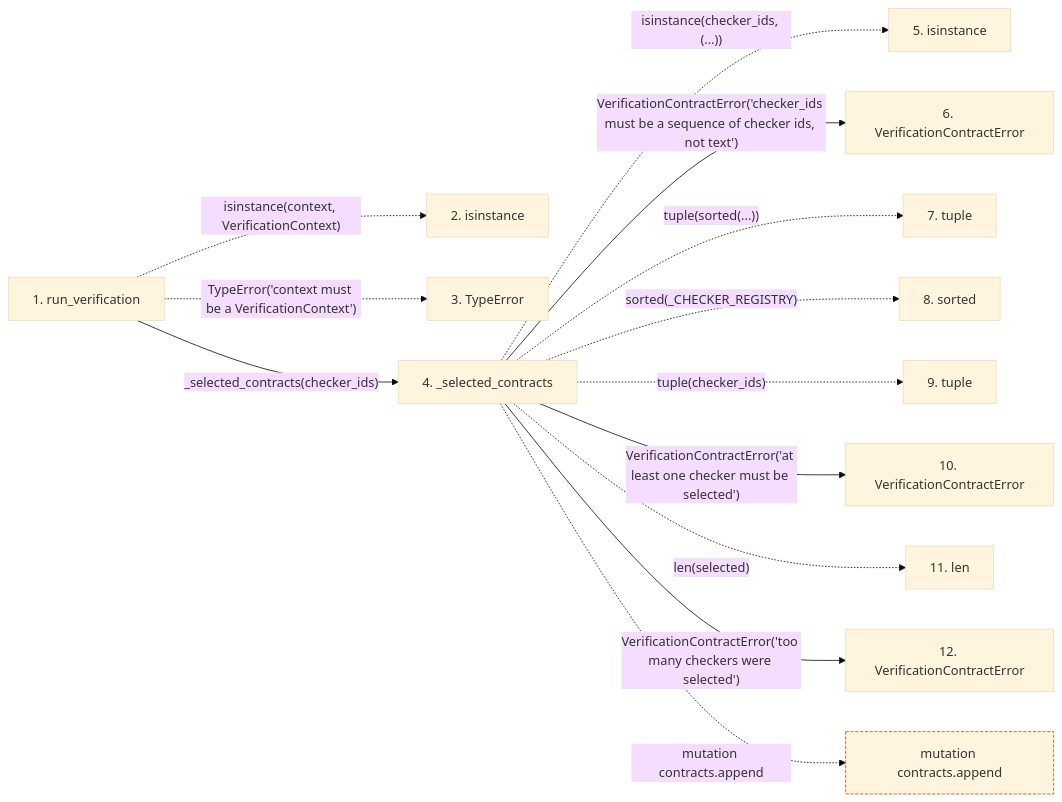
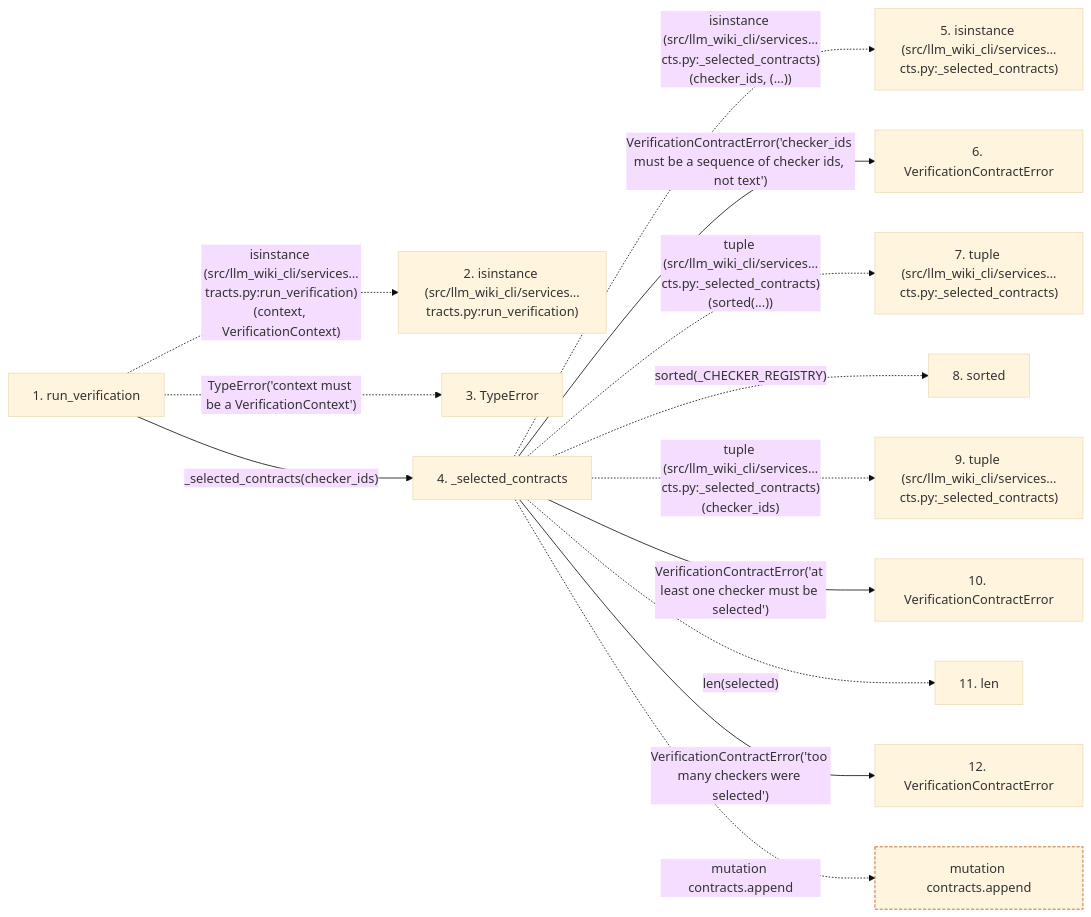
The second of 2 diagrams in docs/llm_wiki/flows/api-run_verification.md (Denissvgn/python-wiki-llm), drawn with Mermaid (base theme) before and after one commit. The commit also changed other lines of this file and 719 other files, not shown here.

````diff
--- a/docs/llm_wiki/flows/api-run_verification.md
+++ b/docs/llm_wiki/flows/api-run_verification.md
@@ -59,35 +62,35 @@
 ```mermaid
 flowchart LR
     s1["1. run_verification"]
-    s2["2. isinstance"]
+    s2["2. isinstance (src/llm_wiki_cli/services…tracts.py:run_verification)"]
     s3["3. TypeError"]
     s4["4. _selected_contracts"]
-    s5["5. isinstance"]
+    s5["5. isinstance (src/llm_wiki_cli/services…cts.py:_selected_contracts)"]
     s6["6. VerificationContractError"]
-    s7["7. tuple"]
+    s7["7. tuple (src/llm_wiki_cli/services…cts.py:_selected_contracts)"]
     s8["8. sorted"]
-    s9["9. tuple"]
+    s9["9. tuple (src/llm_wiki_cli/services…cts.py:_selected_contracts)"]
     s10["10. VerificationContractError"]
     s11["11. len"]
     s12["12. VerificationContractError"]
-    s1 -. "isinstance(context, VerificationContext)" .-> s2
+    s1 -. "isinstance (src/llm_wiki_cli/services…tracts.py:run_verification)(context, VerificationContext)" .-> s2
     s1 -. "TypeError('context must be a VerificationContext')" .-> s3
     s1 -->|"_selected_contracts(checker_ids)"| s4
-    s4 -. "isinstance(checker_ids, (...))" .-> s5
+    s4 -. "isinstance (src/llm_wiki_cli/services…cts.py:_selected_contracts)(checker_ids, (...))" .-> s5
     s4 -->|"VerificationContractError('checker_ids must be a sequence of checker ids, not text')"| s6
-    s4 -. "tuple(sorted(...))" .-> s7
+    s4 -. "tuple (src/llm_wiki_cli/services…cts.py:_selected_contracts)(sorted(...))" .-> s7
     s4 -. "sorted(_CHECKER_REGISTRY)" .-> s8
-    s4 -. "tuple(checker_ids)" .-> s9
+    s4 -. "tuple (src/llm_wiki_cli/services…cts.py:_selected_contracts)(checker_ids)" .-> s9
     s4 -->|"VerificationContractError('at least one checker must be selected')"| s10
     s4 -. "len(selected)" .-> s11
     s4 -->|"VerificationContractError('too many checkers were selected')"| s12
     b0["mutation contracts.append"]
     s4 -. "mutation contracts.append" .-> b0
     click s1 "../modules/verification_contracts.md"
     click s4 "../modules/verification_contracts.md"
     click s6 "../modules/verification_contracts.md"
     click s10 "../modules/verification_contracts.md"
     click s12 "../modules/verification_contracts.md"
     classDef boundary stroke:#b45309,stroke-dasharray: 4 2
     class b0 boundary
 ```
````
